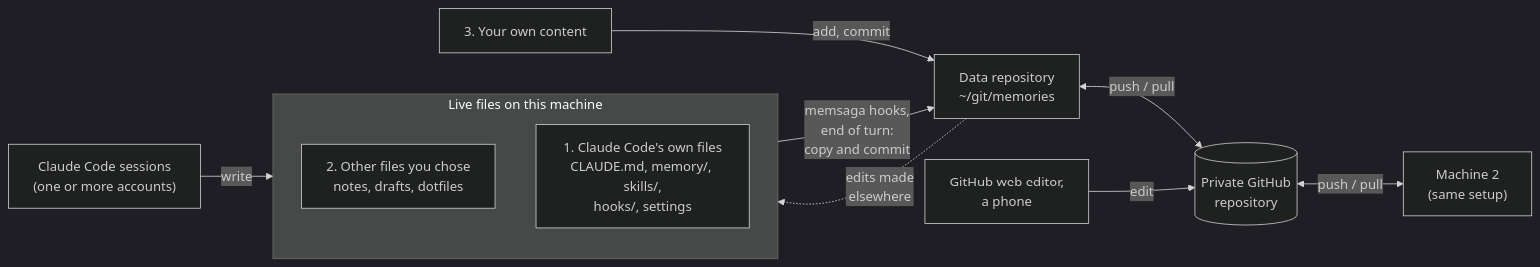
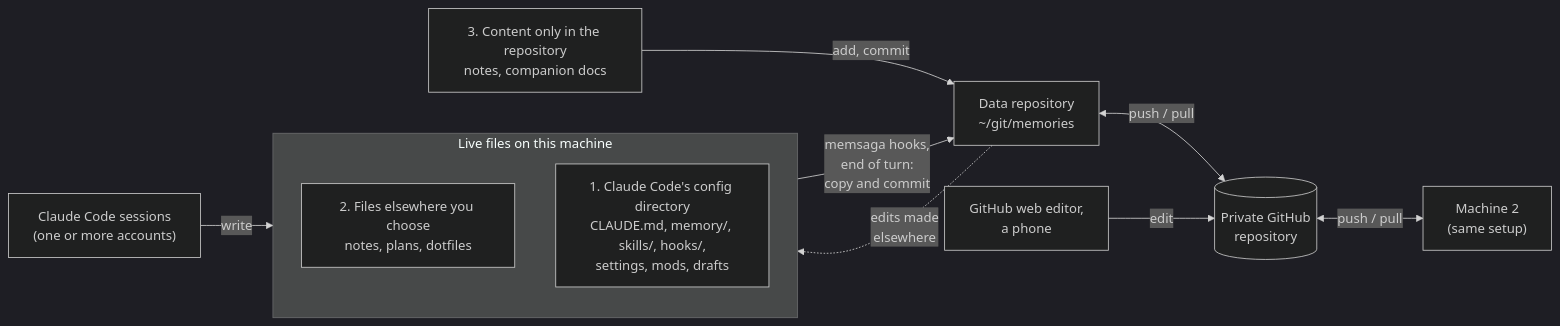
Before and after one commit to grimmerk/memsaga: the first of 2 diagrams in README.md, drawn with Mermaid (dark theme). The commit also changed other lines of this file and 3 other files, not shown here.

````diff
--- a/README.md
+++ b/README.md
@@ -34,21 +36,21 @@
 ```mermaid
 flowchart LR
     S["Claude Code sessions<br/>(one or more accounts)"]
     subgraph LIVE["Live files on this machine"]
         direction TB
-        X1["2. Other files you chose<br/>notes, drafts, dotfiles"]
-        L1["1. Claude Code's own files<br/>CLAUDE.md, memory/, skills/,<br/>hooks/, settings"]
+        X1["2. Files elsewhere you choose<br/>notes, plans, dotfiles"]
+        L1["1. Claude Code's config directory<br/>CLAUDE.md, memory/, skills/, hooks/,<br/>settings, mods, drafts"]
     end
     R["Data repository<br/>~/git/memories"]
-    Y["3. Your own content"]
+    Y["3. Content only in the repository<br/>notes, companion docs"]
     GH[("Private GitHub<br/>repository")]
     M2["Machine 2<br/>(same setup)"]
     WEB["GitHub web editor,<br/>a phone"]
     S -- "write" --> LIVE
     LIVE -- "memsaga hooks,<br/>end of turn:<br/>copy and commit" --> R
     Y -- "add, commit" --> R
     R -. "edits made<br/>elsewhere" .-> LIVE
     R <-- "push / pull" --> GH
     GH <-- "push / pull" --> M2
     WEB -- "edit" --> GH
 ```
````
